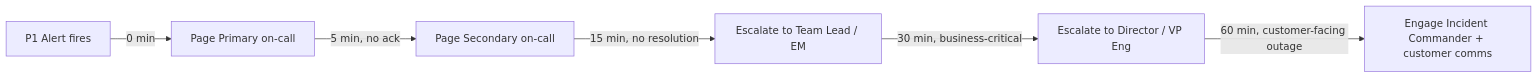
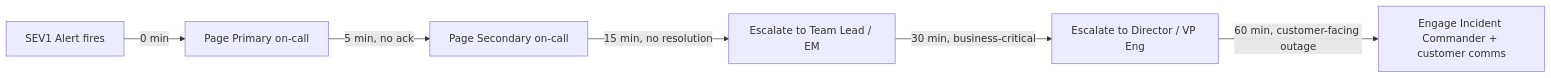
One commit to g3rhard/sysops-framework changed the diagram in content/docs/chapter-09-culture.md. Above: the diagram before and after it, drawn with Mermaid. The commit also changed other lines of this file and 41 other files, not shown here.

````diff
--- a/content/docs/chapter-09-culture.md
+++ b/content/docs/chapter-09-culture.md
@@ -288,8 +341,8 @@
 ```mermaid
 graph LR
-  A[P1 Alert fires] -->|0 min| B[Page Primary on-call]
+  A[SEV1 Alert fires] -->|0 min| B[Page Primary on-call]
   B -->|5 min, no ack| C[Page Secondary on-call]
   C -->|15 min, no resolution| D[Escalate to Team Lead / EM]
   D -->|30 min, business-critical| E[Escalate to Director / VP Eng]
   E -->|60 min, customer-facing outage| F[Engage Incident Commander + customer comms]
 ```
````
